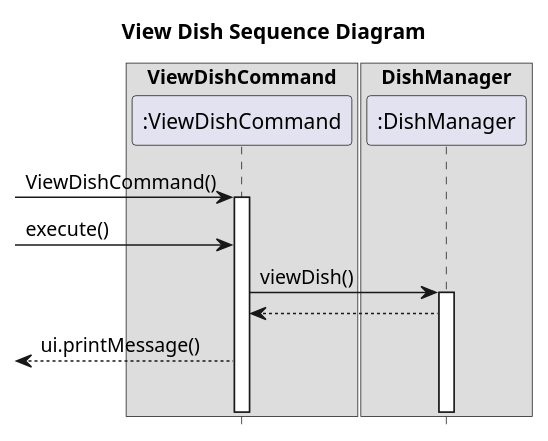
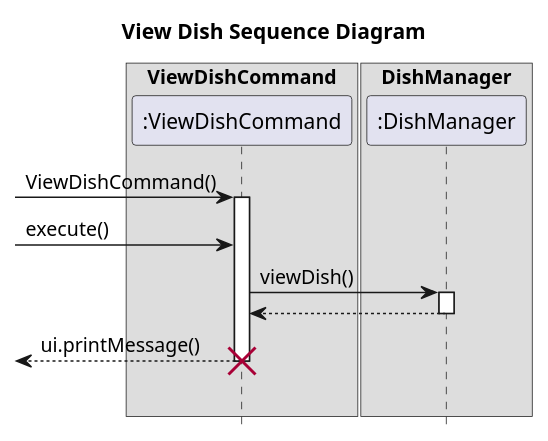
Before and after one commit to nus-cs2113-AY2223S2/tp: the diagram in docs/uml/ViewDishCommandSequenceDiagram.puml, drawn with PlantUML. The commit also changed 9 other files, not shown here.

First line of the commit message:
Add UML dish sequence diagrams to DG

```diff
--- a/docs/uml/ViewDishCommandSequenceDiagram.puml
+++ b/docs/uml/ViewDishCommandSequenceDiagram.puml
@@ -1,21 +1,22 @@
 @startuml
 hide footbox
 title View Dish Sequence Diagram
 
 box "ViewDishCommand"
 participant ":ViewDishCommand" as ViewDishCommand
 endbox
 
 box "DishManager"
 participant ":DishManager" as DishManager
 endbox
 
 -> ViewDishCommand ++ : ViewDishCommand()
 -> ViewDishCommand: execute()
 ViewDishCommand -> DishManager ++ : viewDish()
-
 ViewDishCommand <-- DishManager
+deactivate
 <-- ViewDishCommand: ui.printMessage()
 
 |||
+destroy ViewDishCommand
 @enduml
```
